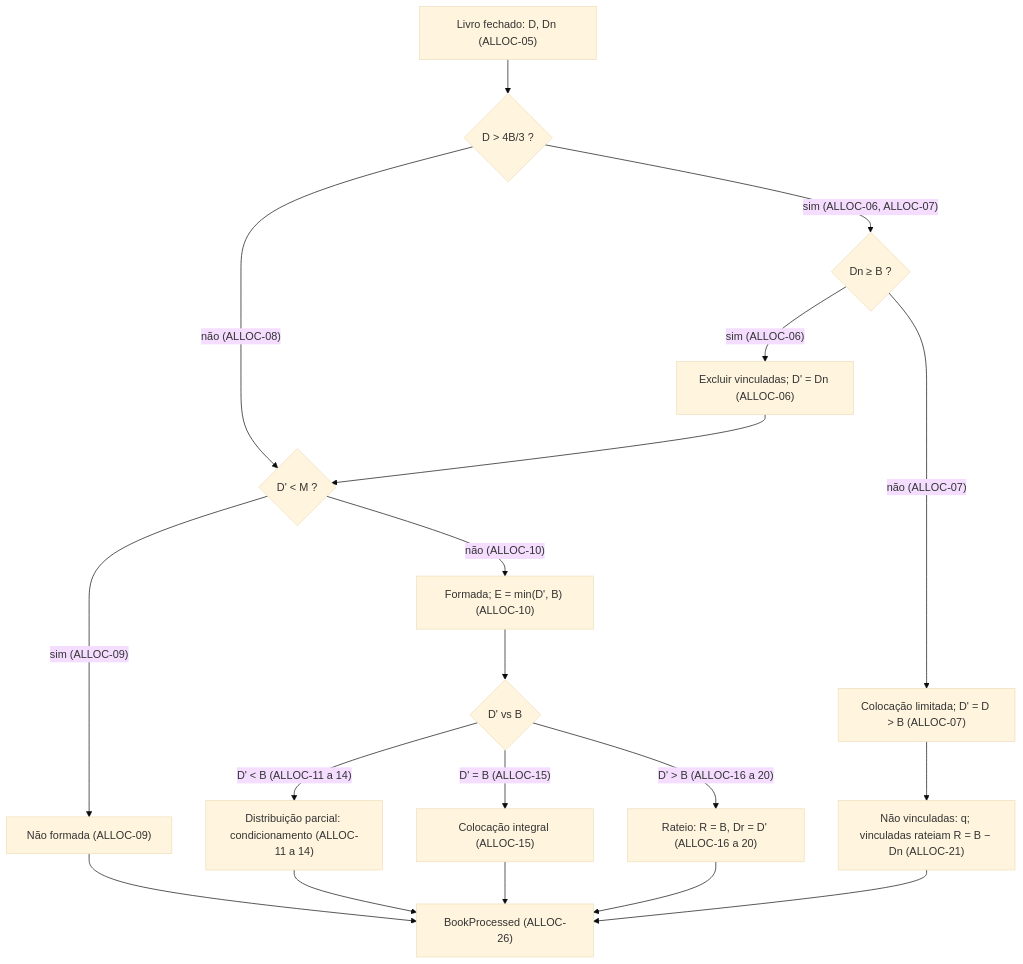
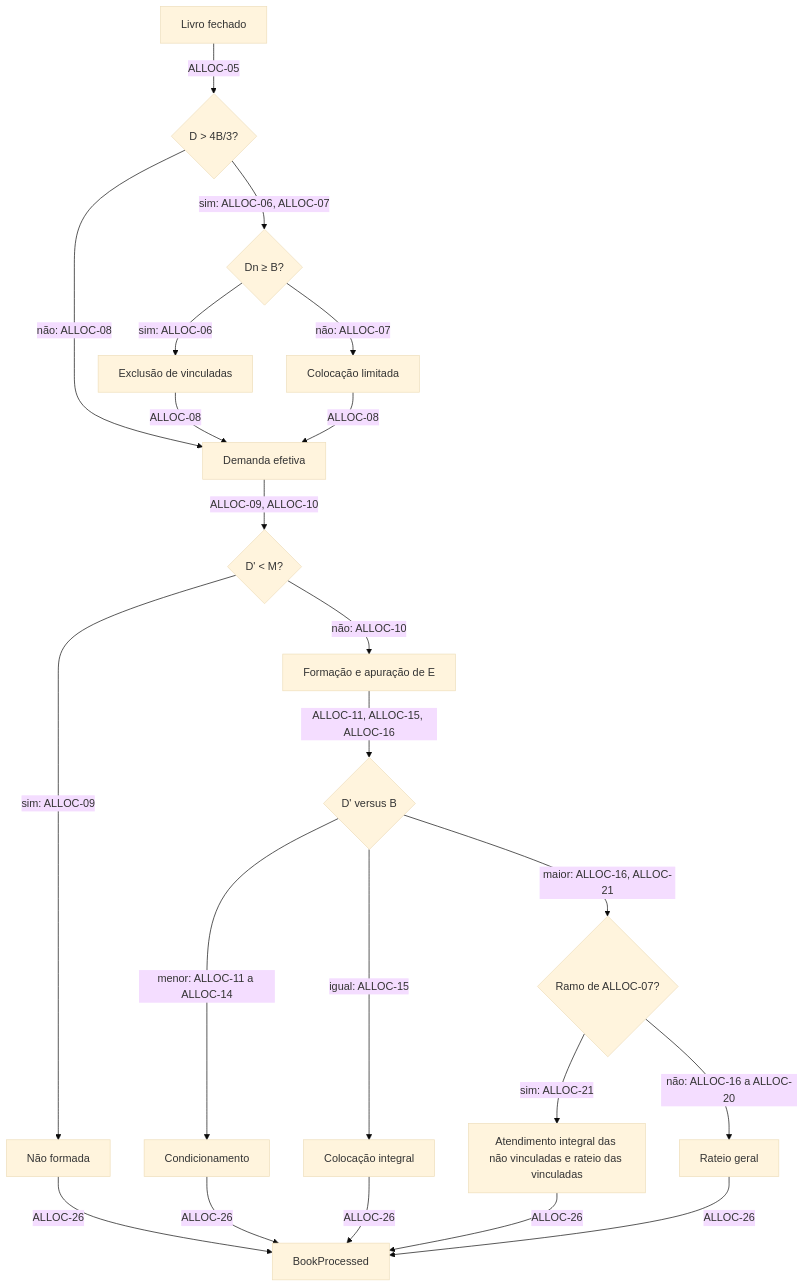
The diagram in docs/prd/0003-allocation-book-processing.md (guilhermesalvi/fund-distribution-platform), drawn with Mermaid (base theme) before and after one commit. The commit also changed other lines of this file and 3 other files, not shown here.

````diff
--- a/docs/prd/0003-allocation-book-processing.md
+++ b/docs/prd/0003-allocation-book-processing.md
@@ -35,21 +31,24 @@
 ```mermaid
 flowchart TD
-    n0["Livro fechado: D, Dn (ALLOC-05)"] --> n1{"D > 4B/3 ?"}
-    n1 -- "não (ALLOC-08)" --> n4
-    n1 -- "sim (ALLOC-06, ALLOC-07)" --> n2{"Dn ≥ B ?"}
-    n2 -- "sim (ALLOC-06)" --> n3["Excluir vinculadas; D' = Dn (ALLOC-06)"]
-    n2 -- "não (ALLOC-07)" --> n7["Colocação limitada; D' = D > B (ALLOC-07)"]
-    n3 --> n4{"D' < M ?"}
-    n4 -- "sim (ALLOC-09)" --> n5["Não formada (ALLOC-09)"]
-    n4 -- "não (ALLOC-10)" --> n6["Formada; E = min(D', B) (ALLOC-10)"]
-    n6 --> n8{"D' vs B"}
-    n8 -- "D' < B (ALLOC-11 a 14)" --> n9["Distribuição parcial: condicionamento (ALLOC-11 a 14)"]
-    n8 -- "D' = B (ALLOC-15)" --> n10["Colocação integral (ALLOC-15)"]
-    n8 -- "D' > B (ALLOC-16 a 20)" --> n11["Rateio: R = B, Dr = D' (ALLOC-16 a 20)"]
-    n7 --> n12["Não vinculadas: q; vinculadas rateiam R = B − Dn (ALLOC-21)"]
-    n5 --> n13["BookProcessed (ALLOC-26)"]
-    n9 --> n13
-    n10 --> n13
-    n11 --> n13
-    n12 --> n13
+    startNode["Livro fechado"] -->|ALLOC-05| demandNode{"D > 4B/3?"}
+    demandNode -->|"não: ALLOC-08"| effectiveNode["Demanda efetiva"]
+    demandNode -->|"sim: ALLOC-06, ALLOC-07"| relatedNode{"Dn ≥ B?"}
+    relatedNode -->|"sim: ALLOC-06"| excludeNode["Exclusão de vinculadas"]
+    relatedNode -->|"não: ALLOC-07"| limitedNode["Colocação limitada"]
+    excludeNode -->|ALLOC-08| effectiveNode
+    limitedNode -->|ALLOC-08| effectiveNode
+    effectiveNode -->|ALLOC-09, ALLOC-10| formationNode{"D' < M?"}
+    formationNode -->|"sim: ALLOC-09"| lapseNode["Não formada"]
+    formationNode -->|"não: ALLOC-10"| formedNode["Formação e apuração de E"]
+    formedNode -->|ALLOC-11, ALLOC-15, ALLOC-16| branchNode{"D' versus B"}
+    branchNode -->|"menor: ALLOC-11 a ALLOC-14"| partialNode["Condicionamento"]
+    branchNode -->|"igual: ALLOC-15"| fullNode["Colocação integral"]
+    branchNode -->|"maior: ALLOC-16, ALLOC-21"| limitCheck{"Ramo de ALLOC-07?"}
+    limitCheck -->|"sim: ALLOC-21"| limitedAllocation["Atendimento integral das não vinculadas e rateio das vinculadas"]
+    limitCheck -->|"não: ALLOC-16 a ALLOC-20"| scaleNode["Rateio geral"]
+    lapseNode -->|ALLOC-26| resultNode["BookProcessed"]
+    partialNode -->|ALLOC-26| resultNode
+    fullNode -->|ALLOC-26| resultNode
+    limitedAllocation -->|ALLOC-26| resultNode
+    scaleNode -->|ALLOC-26| resultNode
 ```
````
